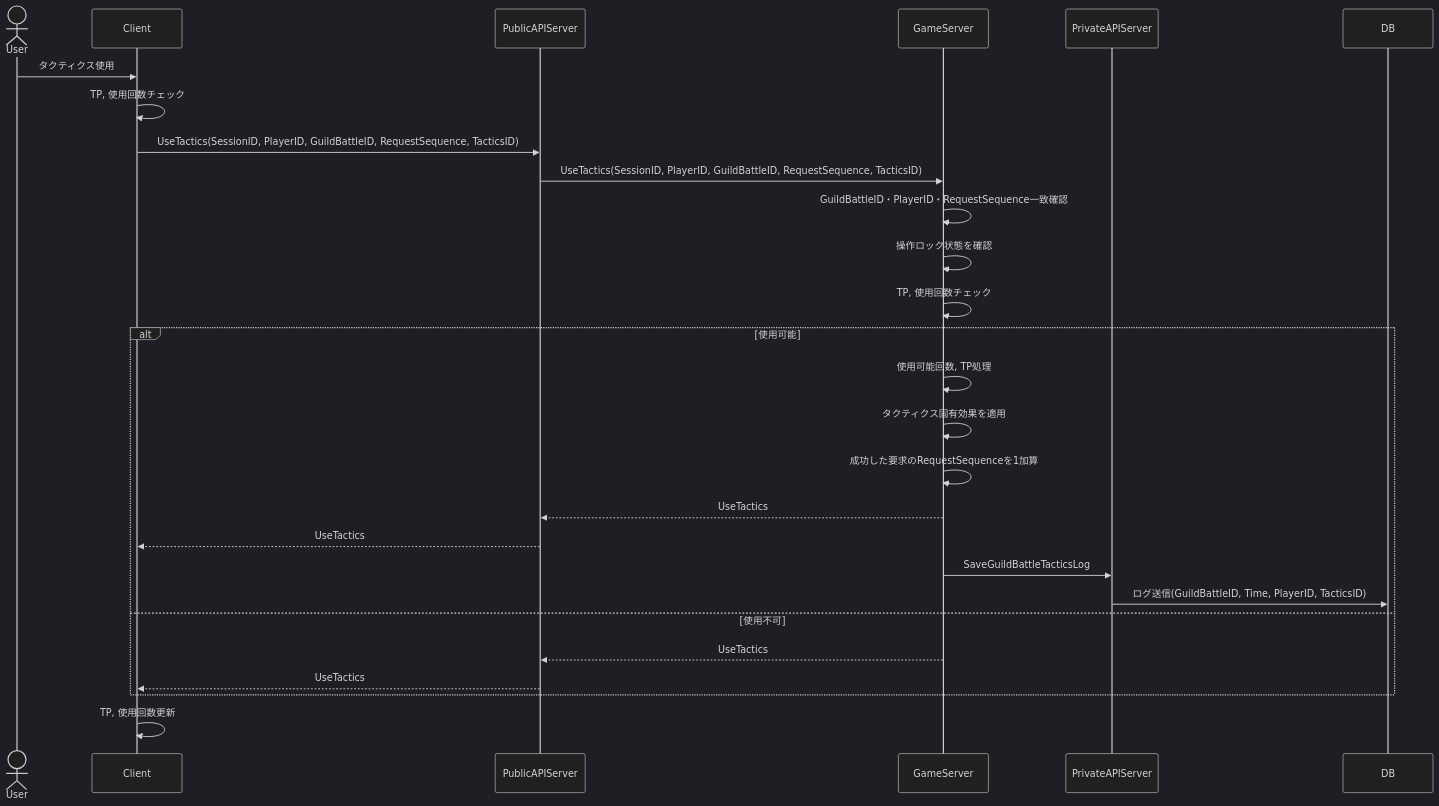
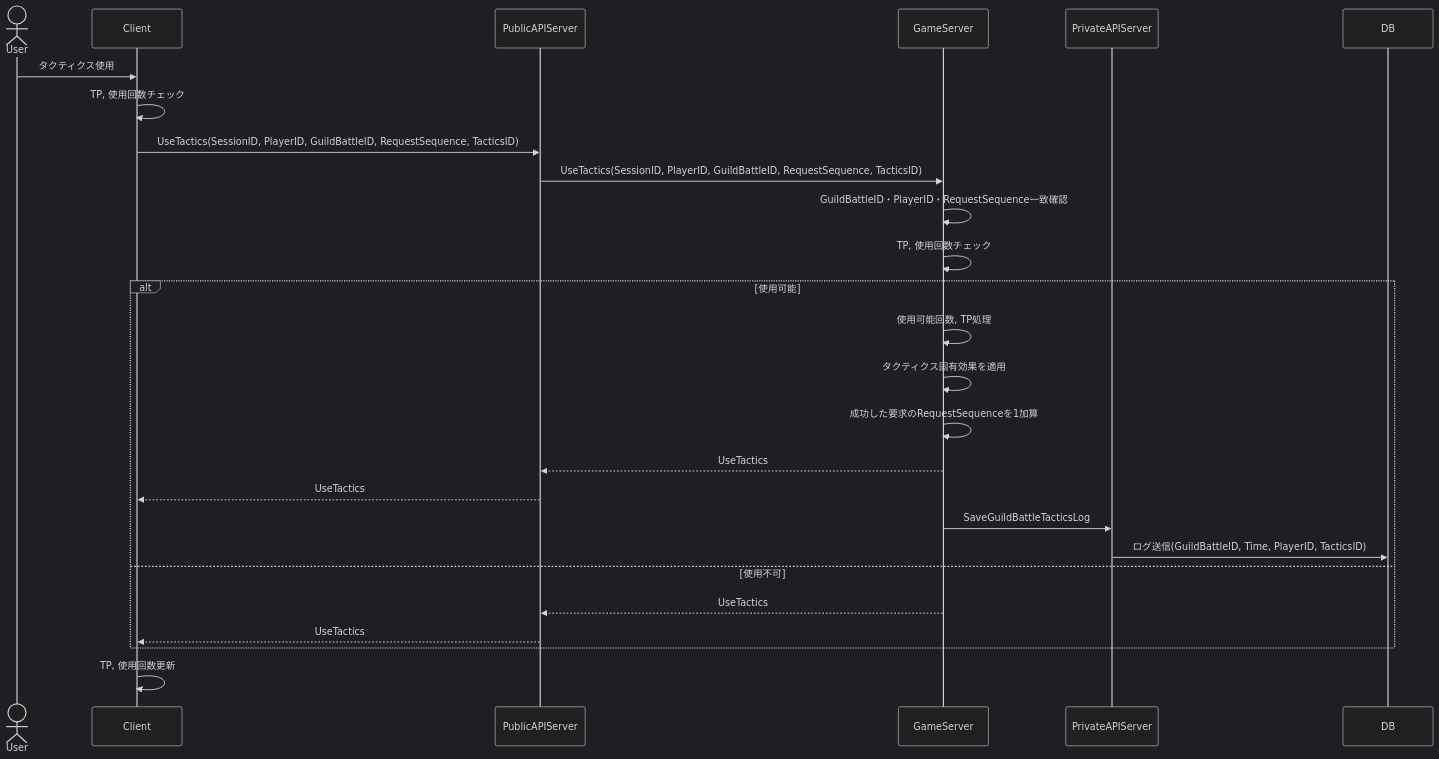
One commit to ReHydrangeaOdyssey/Specifications changed the eighth of 16 diagrams in design/guild_battle.md. Above: the diagram before and after it, drawn with Mermaid (dark theme). The commit also changed other lines of this file and 19 other files, not shown here.

````diff
--- a/design/guild_battle.md
+++ b/design/guild_battle.md
@@ -342,34 +299,33 @@
 ``` mermaid
 sequenceDiagram
     actor User
     participant Client
     participant PublicAPIServer
     participant GameServer
     participant PrivateAPIServer
     participant DB
 
     User->>Client: タクティクス使用
     Client->>Client: TP, 使用回数チェック
     Client->>PublicAPIServer: UseTactics(SessionID, PlayerID, GuildBattleID, RequestSequence, TacticsID)
     PublicAPIServer->>GameServer: UseTactics(SessionID, PlayerID, GuildBattleID, RequestSequence, TacticsID)
 
     GameServer->>GameServer: GuildBattleID・PlayerID・RequestSequence一致確認
-    GameServer->>GameServer: 操作ロック状態を確認
     GameServer->>GameServer: TP, 使用回数チェック
 
     alt 使用可能
         GameServer->>GameServer: 使用可能回数, TP処理
         GameServer->>GameServer: タクティクス固有効果を適用
         GameServer->>GameServer: 成功した要求のRequestSequenceを1加算
         GameServer-->>PublicAPIServer: UseTactics
         PublicAPIServer-->>Client: UseTactics
 
         GameServer ->> PrivateAPIServer: SaveGuildBattleTacticsLog
         PrivateAPIServer ->> DB: ログ送信(GuildBattleID, Time, PlayerID, TacticsID)
     else 使用不可
         GameServer-->>PublicAPIServer: UseTactics
         PublicAPIServer-->>Client: UseTactics
     end
     
     Client->>Client: TP, 使用回数更新
 ```
````
